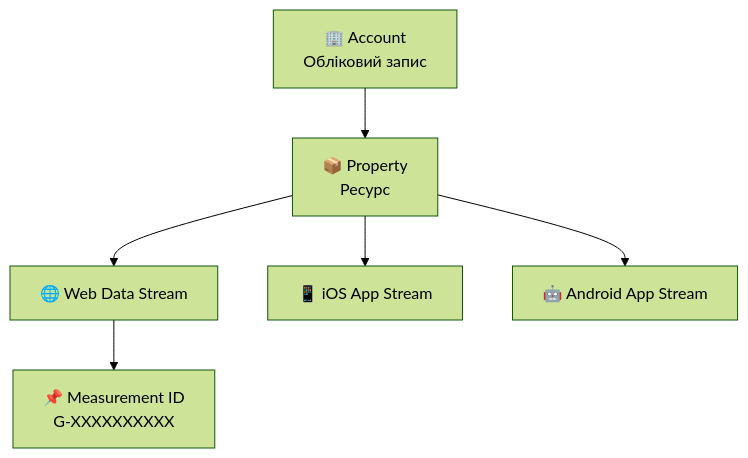
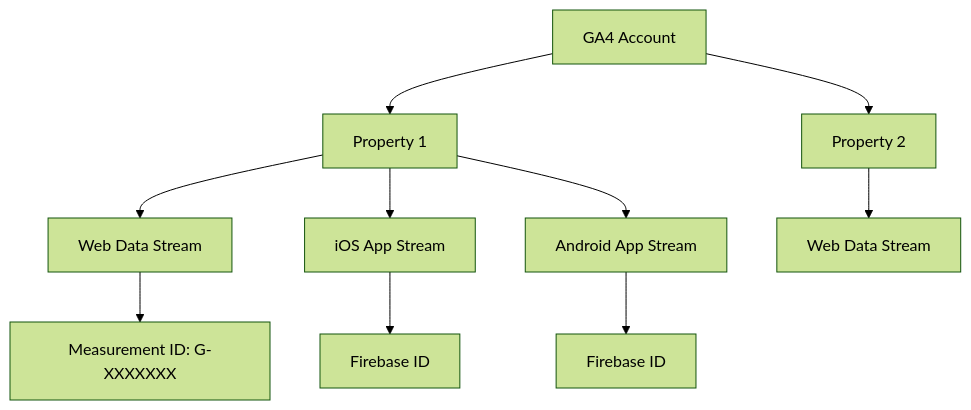
One commit to olroi421/course-seo changed the third of 6 diagrams in presentations/presentation-09.md. Above: the diagram before and after it, drawn with Mermaid (forest theme). The commit also changed other lines of this file and 1 other file, not shown here.

First line of the commit message:
Enhance GA4 presentations with content & diagrams

````diff
--- a/presentations/presentation-09.md
+++ b/presentations/presentation-09.md
@@ -82,8 +117,13 @@
 ```mermaid
 graph TD
-    A[🏢 Account\nОбліковий запис] --> B[📦 Property\nРесурс]
-    B --> C[🌐 Web Data Stream]
-    B --> D[📱 iOS App Stream]
-    B --> E[🤖 Android App Stream]
-    C --> F[📌 Measurement ID\nG-XXXXXXXXXX]
+    A[GA4 Account] --> B[Property 1]
+    A --> C[Property 2]
+    B --> D[Web Data Stream]
+    B --> E[iOS App Stream]
+    B --> F[Android App Stream]
+    C --> G[Web Data Stream]
+
+    D --> H[Measurement ID: G-XXXXXXX]
+    E --> I[Firebase ID]
+    F --> J[Firebase ID]
 ```
````
